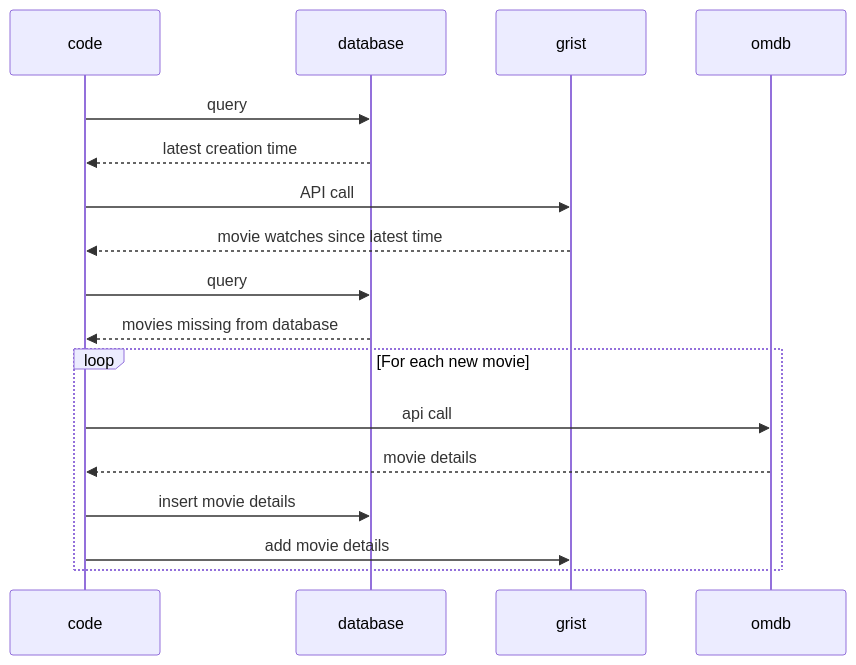
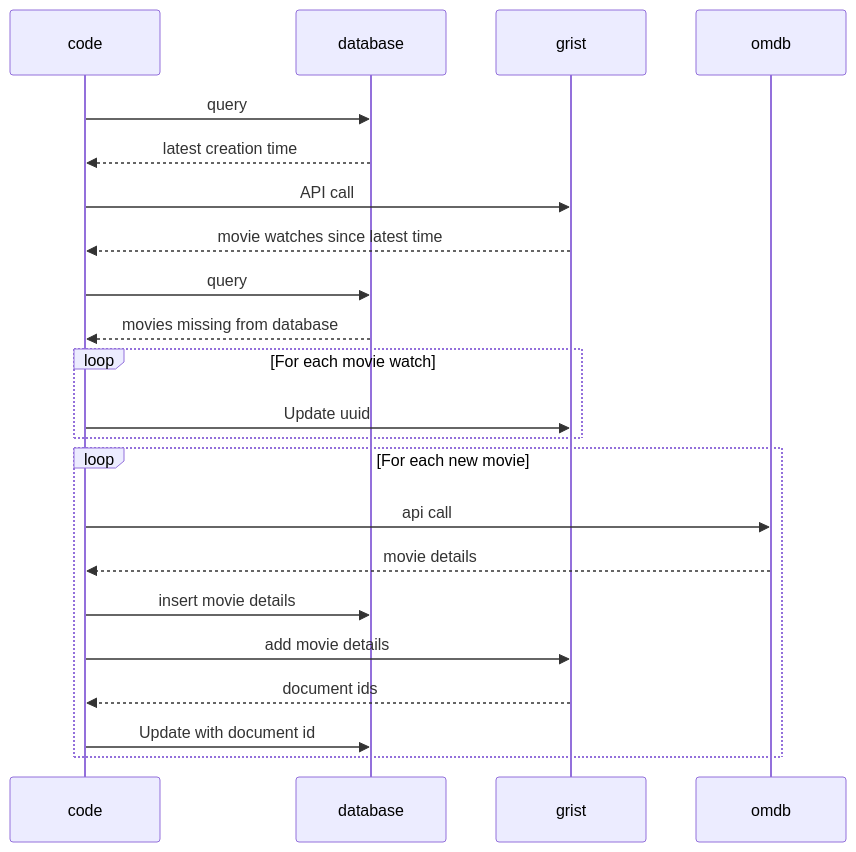
The diagram in README.md (timothyrenner/movies-app), drawn with Mermaid before and after one commit. The commit also changed other lines of this file, not shown here.

````diff
--- a/README.md
+++ b/README.md
@@ -77,22 +100,25 @@
 ```mermaid
 sequenceDiagram
     participant code
     participant database
     participant grist
     participant omdb
 
     code ->>database: query
     database -->> code: latest creation time
     code ->> grist: API call
     grist -->> code: movie watches since latest time
     code ->> database: query
     database -->> code: movies missing from database
+    loop For each movie watch
+        code ->> grist: Update uuid
+    end
     loop For each new movie
         code ->> omdb: api call
         omdb -->> code: movie details
         code ->> database: insert movie details
         code ->> grist: add movie details
+        grist -->> code: document ids
+        code ->> database: Update with document id
     end
-
-
 ```
````
